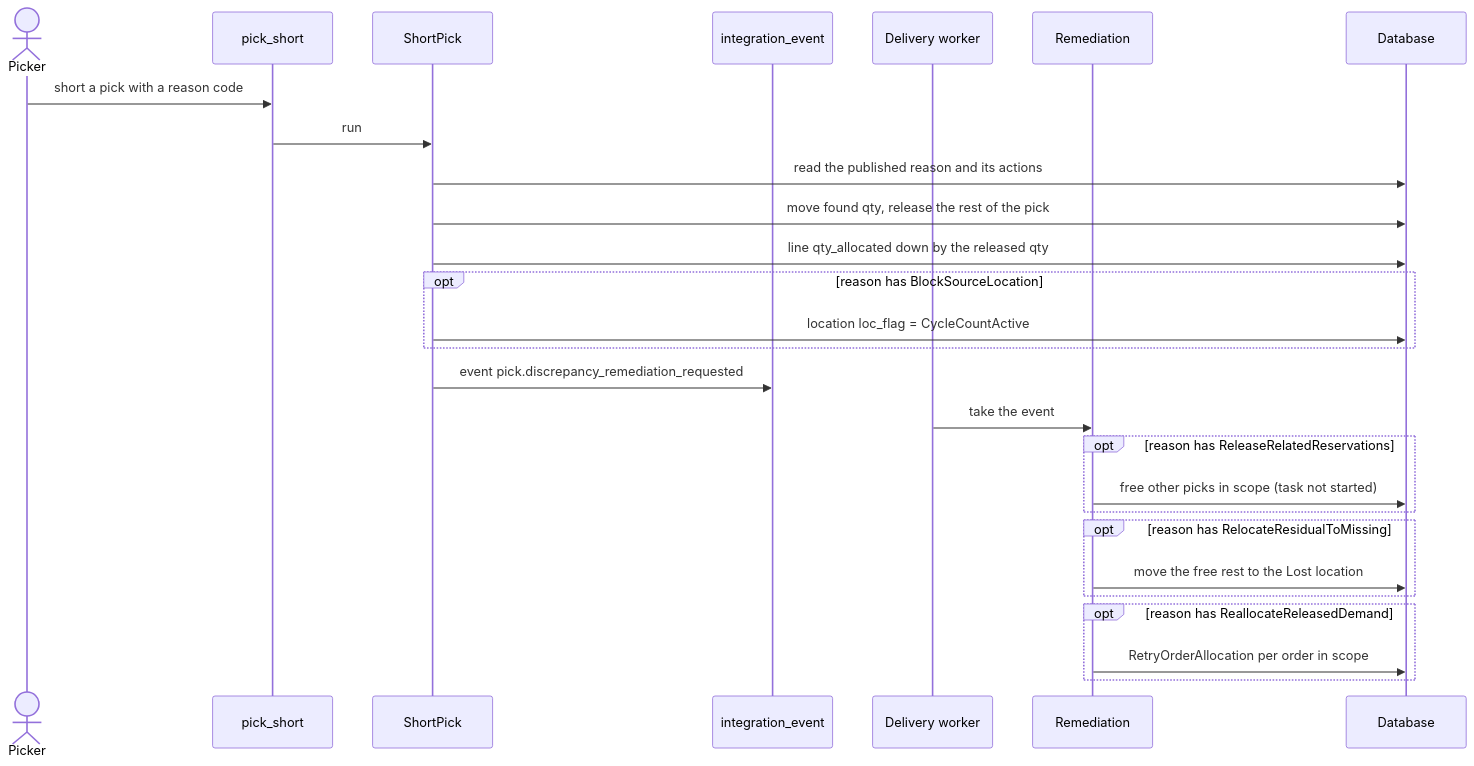
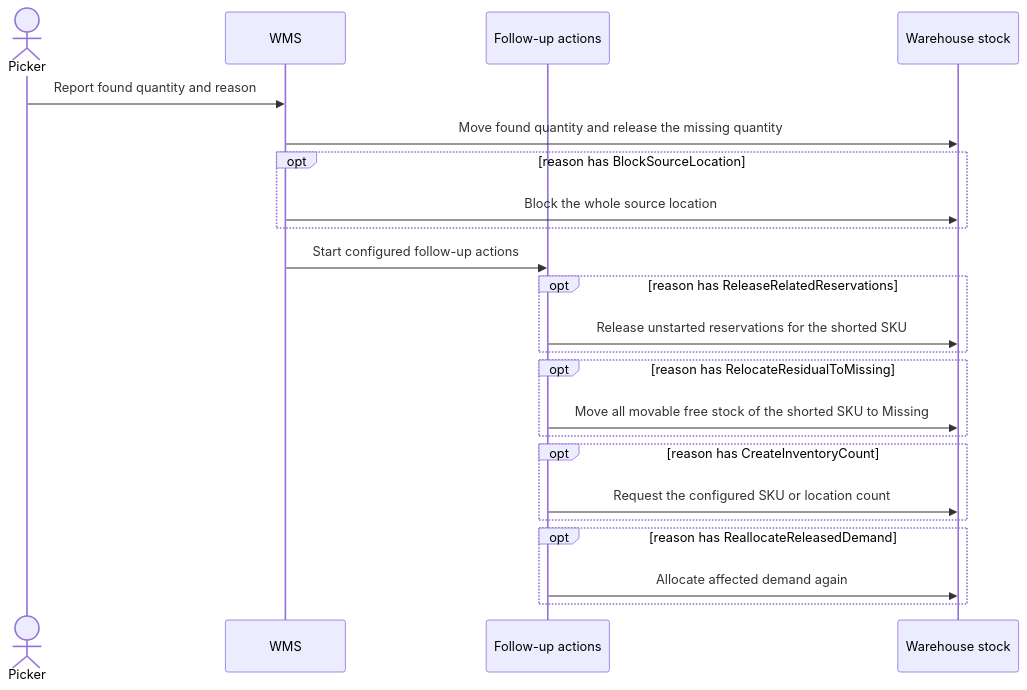
The second of 2 diagrams in docs-obsidian/user-guide/diagrams/allocation/14-journey-top-up.md (msmurygin/quark-docs), drawn with Mermaid before and after one commit. The commit also changed other lines of this file and 2 other files, not shown here.

Commit message:
docs: explain SKU-scoped pick short recovery

````diff
--- a/docs-obsidian/user-guide/diagrams/allocation/14-journey-top-up.md
+++ b/docs-obsidian/user-guide/diagrams/allocation/14-journey-top-up.md
@@ -51,30 +55,26 @@
 ```mermaid
 sequenceDiagram
     actor Op as Picker
-    participant API as pick_short
-    participant S as ShortPick
-    participant EV as integration_event
-    participant D as Delivery worker
-    participant RM as Remediation
-    participant DB as Database
+    participant S as WMS
+    participant RM as Follow-up actions
+    participant ST as Warehouse stock
 
-    Op->>API: short a pick with a reason code
-    API->>S: run
-    S->>DB: read the published reason and its actions
-    S->>DB: move found qty, release the rest of the pick
-    S->>DB: line qty_allocated down by the released qty
+    Op->>S: Report found quantity and reason
+    S->>ST: Move found quantity and release the missing quantity
     opt reason has BlockSourceLocation
-        S->>DB: location loc_flag = CycleCountActive
+        S->>ST: Block the whole source location
     end
-    S->>EV: event pick.discrepancy_remediation_requested
-    D->>RM: take the event
+    S->>RM: Start configured follow-up actions
     opt reason has ReleaseRelatedReservations
-        RM->>DB: free other picks in scope (task not started)
+        RM->>ST: Release unstarted reservations for the shorted SKU
     end
     opt reason has RelocateResidualToMissing
-        RM->>DB: move the free rest to the Lost location
+        RM->>ST: Move all movable free stock of the shorted SKU to Missing
+    end
+    opt reason has CreateInventoryCount
+        RM->>ST: Request the configured SKU or location count
     end
     opt reason has ReallocateReleasedDemand
-        RM->>DB: RetryOrderAllocation per order in scope
+        RM->>ST: Allocate affected demand again
     end
 ```
````
